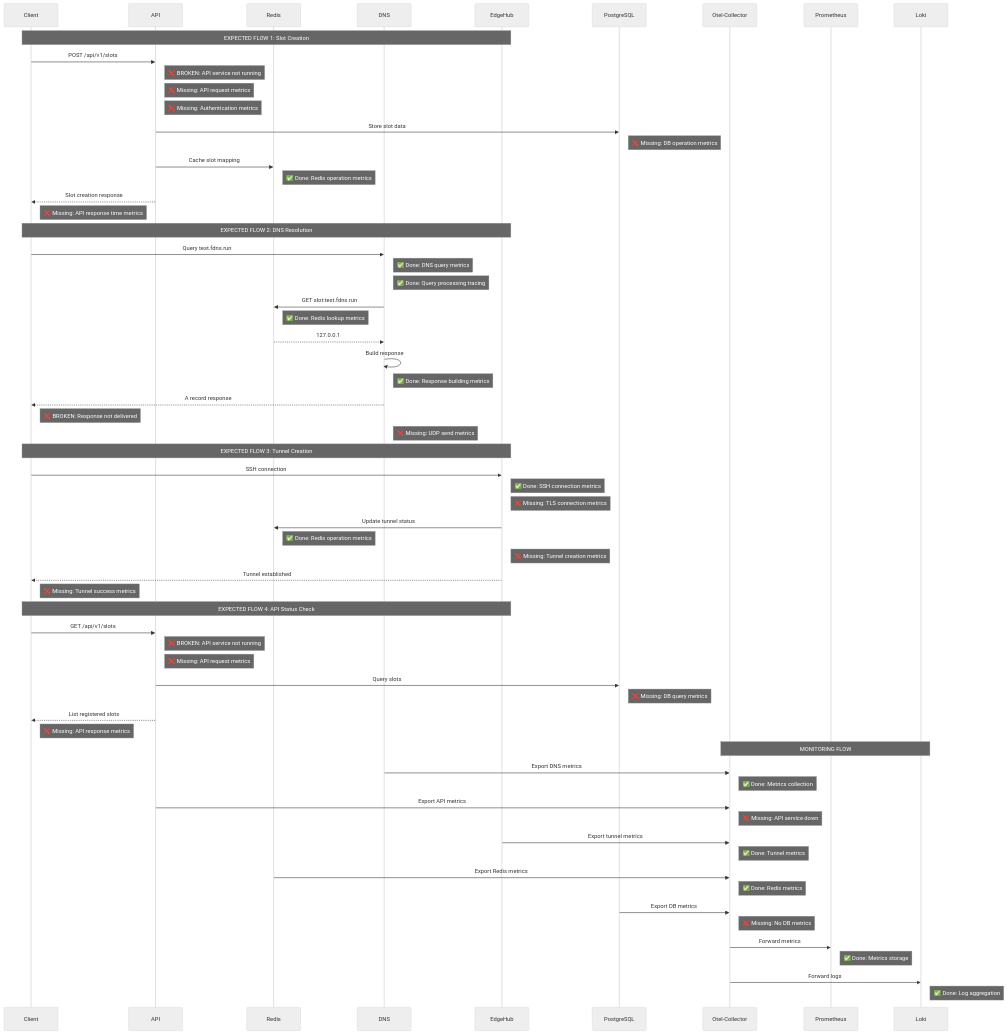
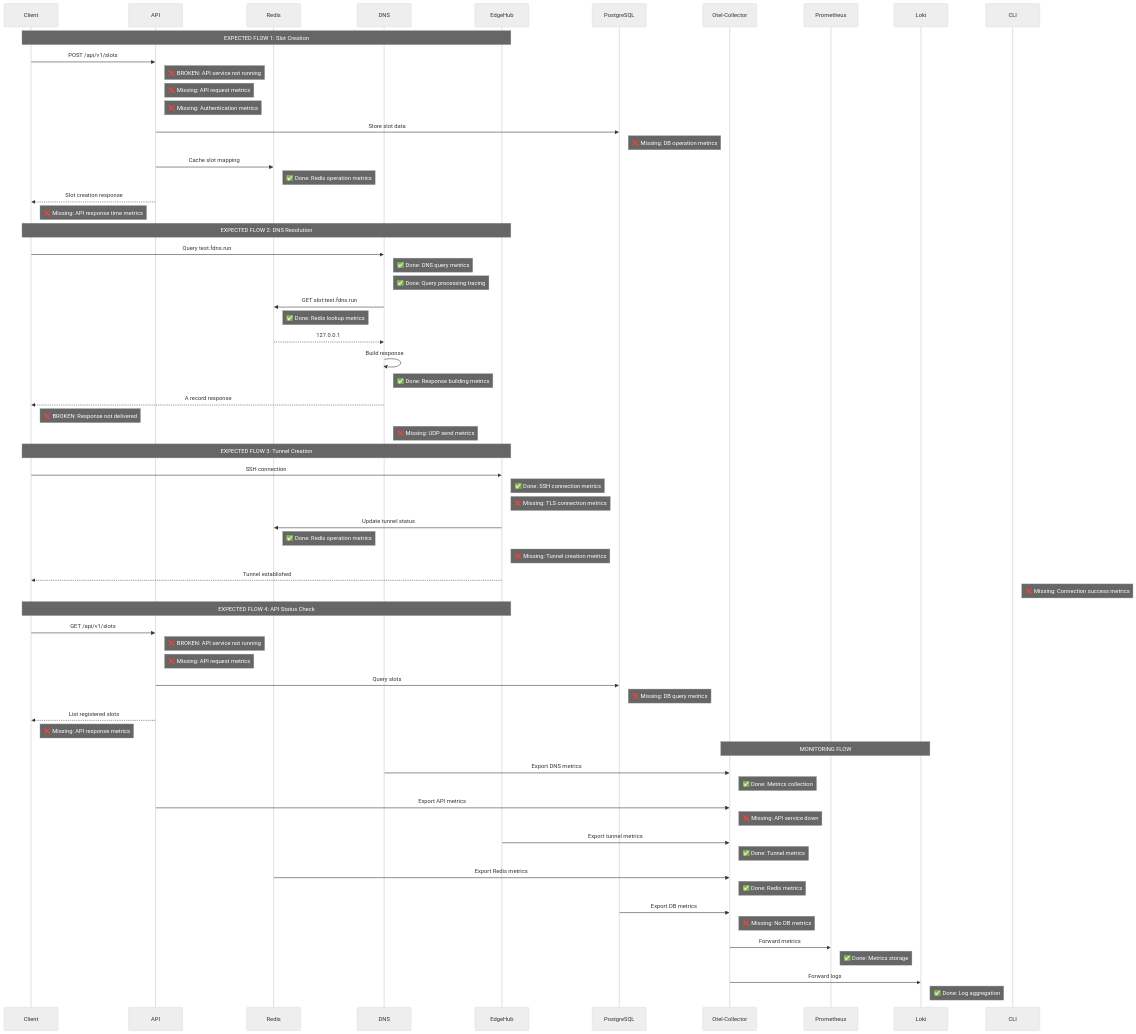
The fourth of 5 diagrams in tasks/end_to_end_broken_integration_state.md (microscaler/fleetingdns), drawn with Mermaid (neutral theme) before and after one commit. The commit also changed other lines of this file and 117 other files, not shown here.

````diff
--- a/tasks/end_to_end_broken_integration_state.md
+++ b/tasks/end_to_end_broken_integration_state.md
@@ -513,72 +1262,72 @@
 ```mermaid
 sequenceDiagram
     participant Client
     participant API
     participant Redis
     participant DNS
     participant EdgeHub
     participant PostgreSQL
     participant Otel-Collector
     participant Prometheus
     participant Loki
 
     Note over Client,EdgeHub: EXPECTED FLOW 1: Slot Creation
     Client->>API: POST /api/v1/slots
     Note right of API: ❌ BROKEN: API service not running
     Note right of API: ❌ Missing: API request metrics
     Note right of API: ❌ Missing: Authentication metrics
     API->>PostgreSQL: Store slot data
     Note right of PostgreSQL: ❌ Missing: DB operation metrics
     API->>Redis: Cache slot mapping
     Note right of Redis: ✅ Done: Redis operation metrics
     API-->>Client: Slot creation response
     Note right of Client: ❌ Missing: API response time metrics
 
     Note over Client,EdgeHub: EXPECTED FLOW 2: DNS Resolution
     Client->>DNS: Query test.fdns.run
     Note right of DNS: ✅ Done: DNS query metrics
     Note right of DNS: ✅ Done: Query processing tracing
     DNS->>Redis: GET slot:test.fdns.run
     Note right of Redis: ✅ Done: Redis lookup metrics
     Redis-->>DNS: 127.0.0.1
     DNS->>DNS: Build response
     Note right of DNS: ✅ Done: Response building metrics
     DNS-->>Client: A record response
     Note right of Client: ❌ BROKEN: Response not delivered
     Note right of DNS: ❌ Missing: UDP send metrics
 
     Note over Client,EdgeHub: EXPECTED FLOW 3: Tunnel Creation
     Client->>EdgeHub: SSH connection
     Note right of EdgeHub: ✅ Done: SSH connection metrics
     Note right of EdgeHub: ❌ Missing: TLS connection metrics
     EdgeHub->>Redis: Update tunnel status
     Note right of Redis: ✅ Done: Redis operation metrics
     Note right of EdgeHub: ❌ Missing: Tunnel creation metrics
     EdgeHub-->>Client: Tunnel established
-    Note right of Client: ❌ Missing: Tunnel success metrics
+    Note right of CLI: ❌ Missing: Connection success metrics
 
     Note over Client,EdgeHub: EXPECTED FLOW 4: API Status Check
     Client->>API: GET /api/v1/slots
     Note right of API: ❌ BROKEN: API service not running
     Note right of API: ❌ Missing: API request metrics
     API->>PostgreSQL: Query slots
     Note right of PostgreSQL: ❌ Missing: DB query metrics
     API-->>Client: List registered slots
     Note right of Client: ❌ Missing: API response metrics
 
     Note over Otel-Collector,Loki: MONITORING FLOW
     DNS->>Otel-Collector: Export DNS metrics
     Note right of Otel-Collector: ✅ Done: Metrics collection
     API->>Otel-Collector: Export API metrics
     Note right of Otel-Collector: ❌ Missing: API service down
     EdgeHub->>Otel-Collector: Export tunnel metrics
     Note right of Otel-Collector: ✅ Done: Tunnel metrics
     Redis->>Otel-Collector: Export Redis metrics
     Note right of Otel-Collector: ✅ Done: Redis metrics
     PostgreSQL->>Otel-Collector: Export DB metrics
     Note right of Otel-Collector: ❌ Missing: No DB metrics
     Otel-Collector->>Prometheus: Forward metrics
     Note right of Prometheus: ✅ Done: Metrics storage
     Otel-Collector->>Loki: Forward logs
     Note right of Loki: ✅ Done: Log aggregation
 ```
````
